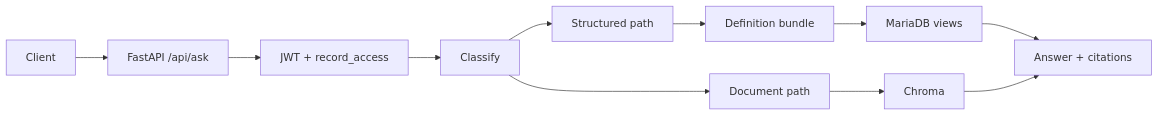
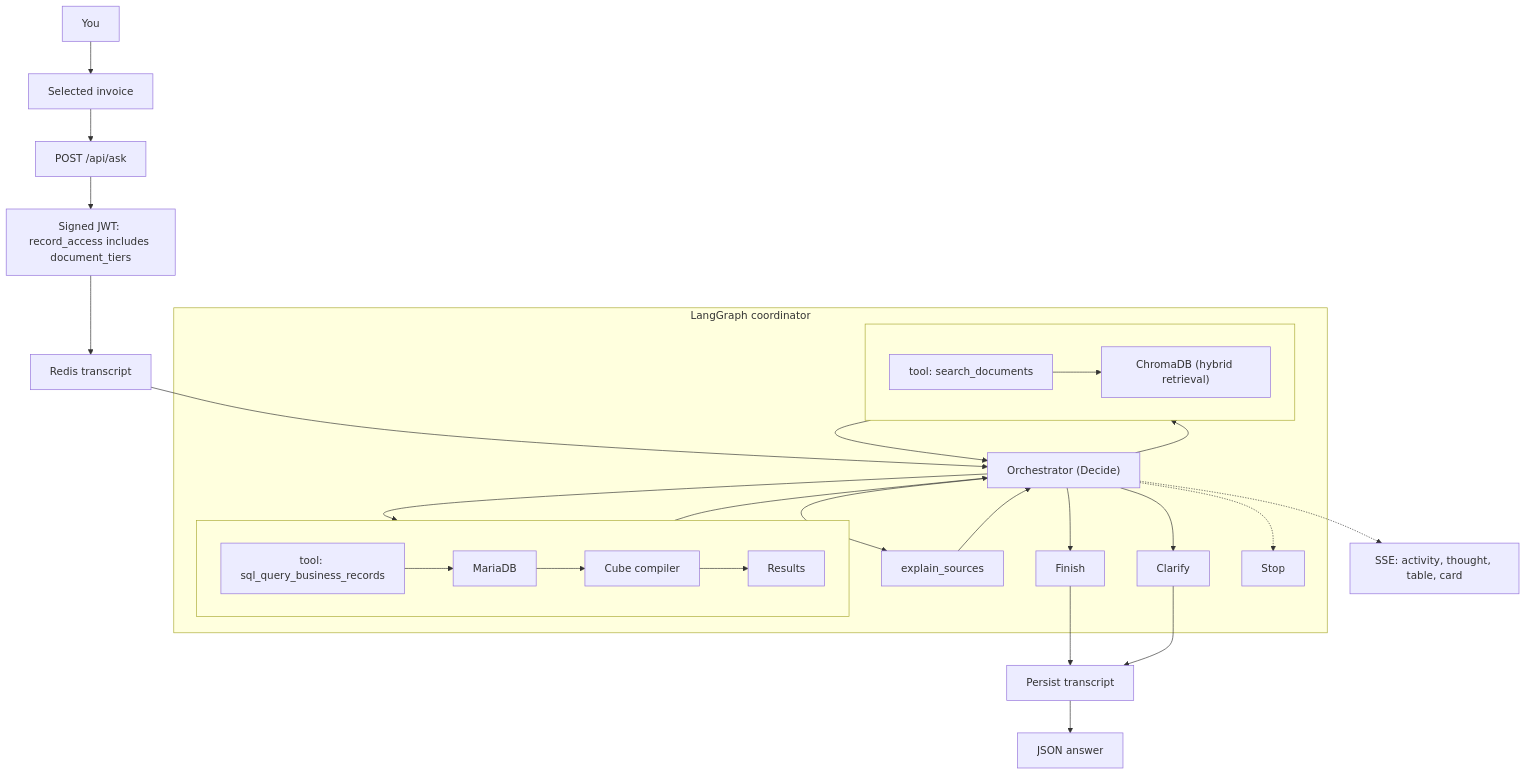
One commit to abhaloo/mcp-assistant-demo changed the first of 2 diagrams in README.md. Above: the diagram before and after it, drawn with Mermaid. The commit also changed other lines of this file and 3 other files, not shown here.

Commit message:
docs: LangGraph architecture diagram and record-links replay

````diff
--- a/README.md
+++ b/README.md
@@ -12,16 +15,54 @@
 ```mermaid
-flowchart LR
-  client[Client]
-  api["FastAPI /api/ask"]
-  jwt[JWT + record_access]
-  classify[Classify]
-  sqlPath[Structured path]
-  bundle[Definition bundle]
-  maria[MariaDB views]
-  docPath[Document path]
-  chroma[Chroma]
-  answer[Answer + citations]
-  client --> api --> jwt --> classify
-  classify --> sqlPath --> bundle --> maria --> answer
-  classify --> docPath --> chroma --> answer
+flowchart TB
+  you[You]
+  recCtx[Selected invoice]
+  api["POST /api/ask"]
+  you --> recCtx --> api
+
+  jwt["Signed JWT: record_access includes document_tiers"]
+  api --> jwt
+
+  redis[Redis transcript]
+  jwt --> redis
+
+  subgraph lg [LangGraph coordinator]
+    decide["Orchestrator (Decide)"]
+    explain[explain_sources]
+    clarify[Clarify]
+    finish[Finish]
+    stop[Stop]
+    decide --> explain
+    decide --> clarify
+    decide --> finish
+    decide -.-> stop
+    explain --> decide
+
+    subgraph bqLine [ ]
+      direction LR
+      bqTool["tool: sql_query_business_records"]
+      maria[MariaDB]
+      cube[Cube compiler]
+      results[Results]
+      bqTool --> maria --> cube --> results
+    end
+
+    subgraph docLine [ ]
+      direction LR
+      docTool["tool: search_documents"]
+      chroma["ChromaDB (hybrid retrieval)"]
+      docTool --> chroma
+    end
+
+    decide --> bqTool
+    decide --> docTool
+    results --> decide
+    docTool --> decide
+  end
+  redis --> decide
+
+  sse["SSE: activity, thought, table, card"]
+  decide -.-> sse
+  finish --> persist[Persist transcript]
+  clarify --> persist
+  persist --> json[JSON answer]
 ```
````
